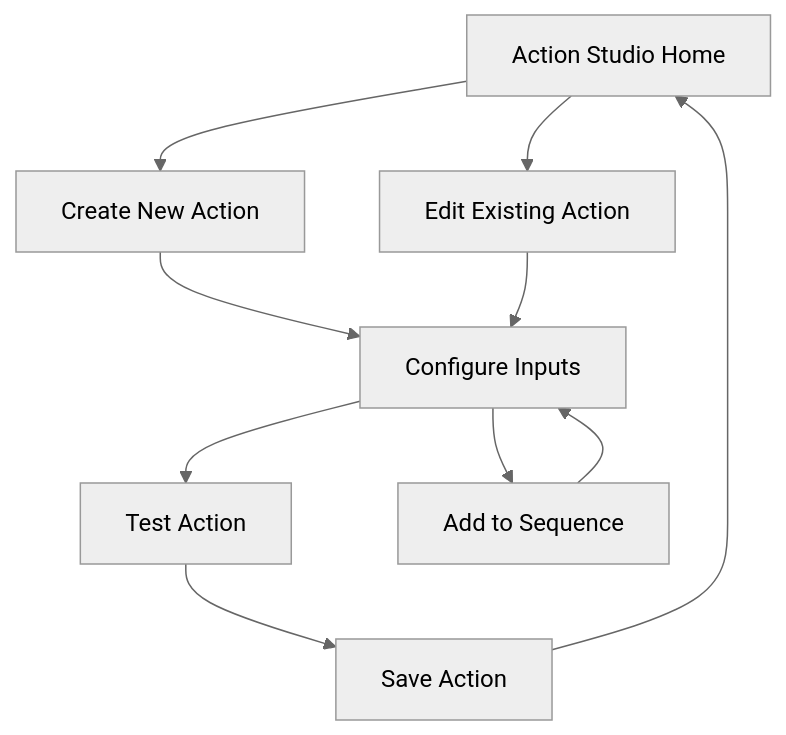
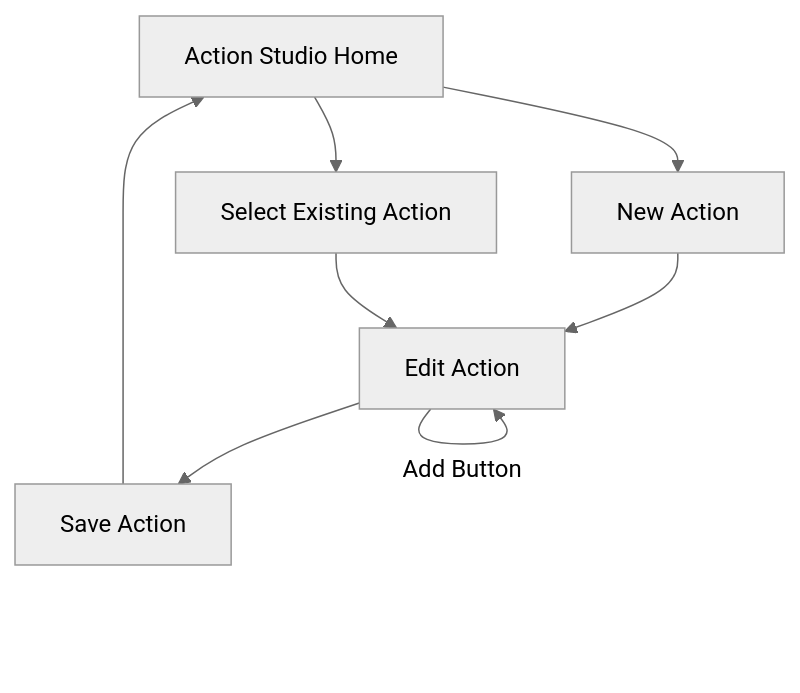
The second of 2 diagrams in action_studio_implementation.md (Yuma-Noguchi/MI_GUI_WinUI), drawn with Mermaid (neutral theme) before and after one commit. The commit also changed other lines of this file and 3 other files, not shown here.

Commit message:
basic ui action studio

````diff
--- a/action_studio_implementation.md
+++ b/action_studio_implementation.md
@@ -78,12 +47,10 @@
 ```mermaid
 graph TD
-    A[Action Studio Home] --> B[Create New Action]
-    A --> C[Edit Existing Action]
-    B --> D[Configure Inputs]
+    A[Action Studio Home] --> B[New Action]
+    A --> C[Select Existing Action]
+    B --> D[Edit Action]
     C --> D
-    D --> E[Test Action]
-    E --> F[Save Action]
-    F --> A
-    D --> G[Add to Sequence]
-    G --> D
+    D -->|Add Button| D
+    D --> E[Save Action]
+    E --> A
 ```
````
